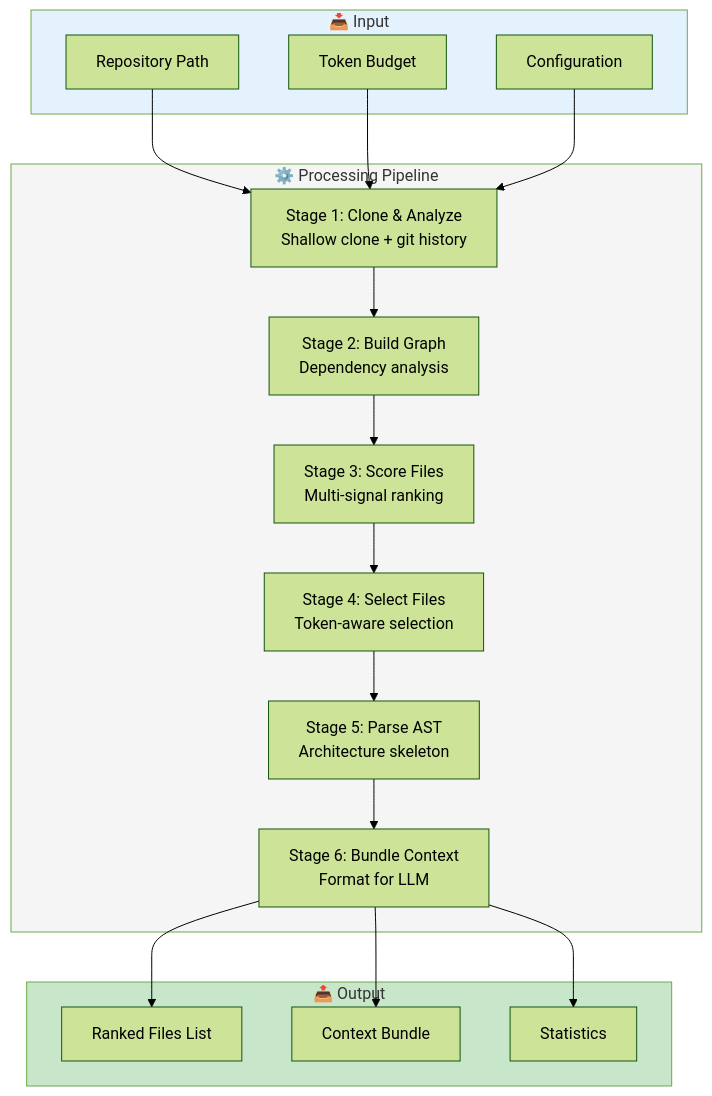
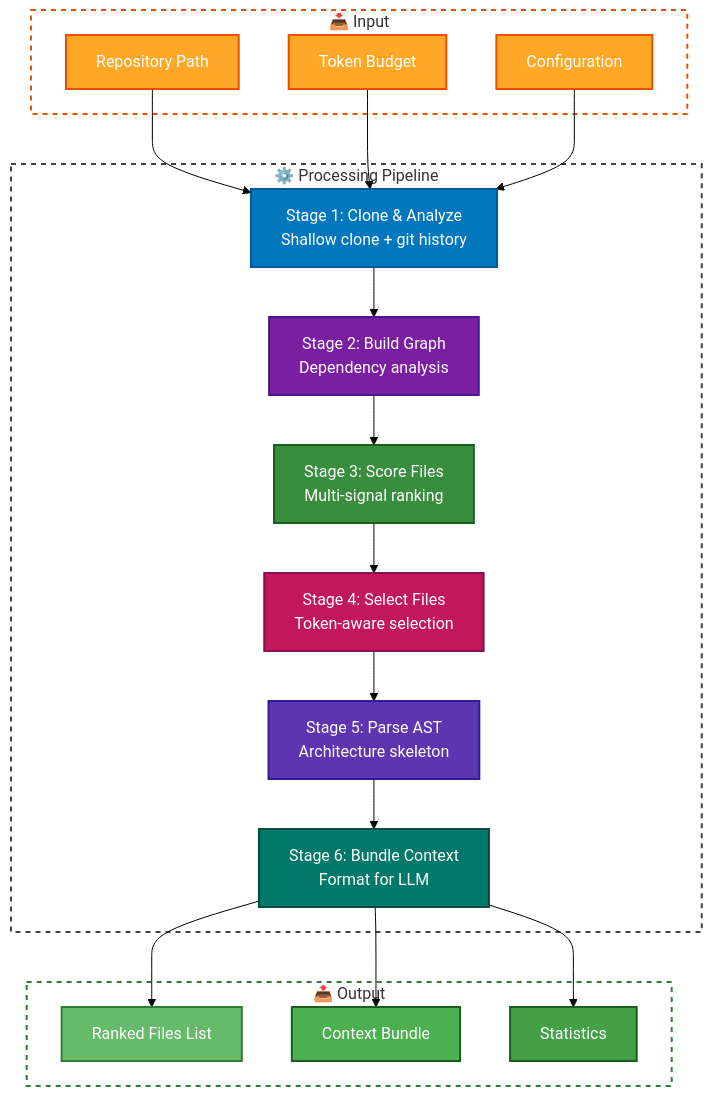
Before and after one commit to MVivekananda/rankcontext: the second of 6 diagrams in README.md, drawn with Mermaid (forest theme). The commit also changed other lines of this file, not shown here.

Commit message:
docs: update README with LLM benchmark results and material design diagrams

````diff
--- a/README.md
+++ b/README.md
@@ -262,39 +262,54 @@
 ```mermaid
 graph TB
     subgraph Input["📥 Input"]
         A["Repository Path"]
         B["Token Budget"]
         C["Configuration"]
     end
     
     subgraph Processing["⚙️ Processing Pipeline"]
         D["Stage 1: Clone & Analyze<br/>Shallow clone + git history"]
         E["Stage 2: Build Graph<br/>Dependency analysis"]
         F["Stage 3: Score Files<br/>Multi-signal ranking"]
         G["Stage 4: Select Files<br/>Token-aware selection"]
         H["Stage 5: Parse AST<br/>Architecture skeleton"]
         I["Stage 6: Bundle Context<br/>Format for LLM"]
     end
     
     subgraph Output["📤 Output"]
         J["Ranked Files List"]
         K["Context Bundle"]
         L["Statistics"]
     end
     
     A --> D
     B --> D
     C --> D
     D --> E
     E --> F
     F --> G
     G --> H
     H --> I
     I --> J
     I --> K
     I --> L
     
-    style Input fill:#e3f2fd
-    style Processing fill:#f5f5f5
-    style Output fill:#c8e6c9
+    style A fill:#FFA726,stroke:#E65100,stroke-width:2px,color:#fff
+    style B fill:#FFA726,stroke:#E65100,stroke-width:2px,color:#fff
+    style C fill:#FFA726,stroke:#E65100,stroke-width:2px,color:#fff
+    
+    style D fill:#0277BD,stroke:#01579B,stroke-width:2px,color:#fff
+    style E fill:#7B1FA2,stroke:#4A148C,stroke-width:2px,color:#fff
+    style F fill:#388E3C,stroke:#1B5E20,stroke-width:2px,color:#fff
+    style G fill:#C2185B,stroke:#880E4F,stroke-width:2px,color:#fff
+    style H fill:#5E35B1,stroke:#311B92,stroke-width:2px,color:#fff
+    style I fill:#00796B,stroke:#004D40,stroke-width:2px,color:#fff
+    
+    style J fill:#66BB6A,stroke:#2E7D32,stroke-width:2px,color:#fff
+    style K fill:#4CAF50,stroke:#1B5E20,stroke-width:2px,color:#fff
+    style L fill:#43A047,stroke:#1B5E20,stroke-width:2px,color:#fff
+    
+    style Input fill:none,stroke:#E65100,stroke-width:2px,stroke-dasharray: 5 5
+    style Processing fill:none,stroke:#424242,stroke-width:2px,stroke-dasharray: 5 5
+    style Output fill:none,stroke:#2E7D32,stroke-width:2px,stroke-dasharray: 5 5
 ```
````
